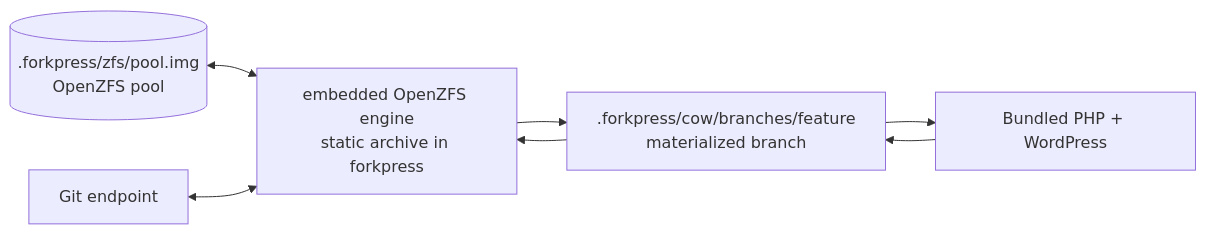
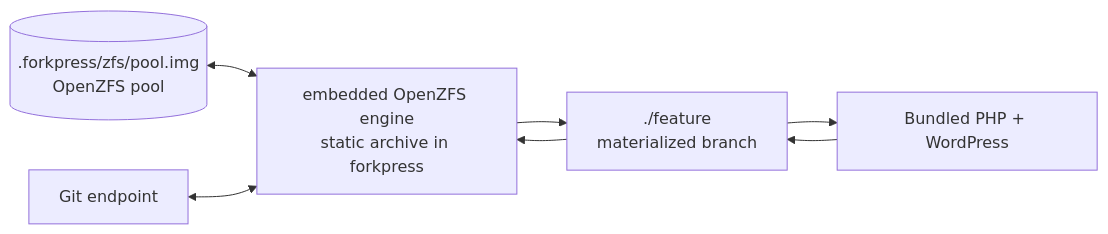
One commit to Automattic/forkpress changed the third of 7 diagrams in README.md. Above: the diagram before and after it, drawn with Mermaid. The commit also changed other lines of this file and 3 other files, not shown here.

Commit message:
Move cow branches beside forkpress state

````diff
--- a/README.md
+++ b/README.md
@@ -412,15 +418,15 @@
 ```mermaid
 flowchart LR
     pool[(.forkpress/zfs/pool.img<br/>OpenZFS pool)]
     engine[embedded OpenZFS engine<br/>static archive in forkpress]
-    cache[.forkpress/cow/branches/feature<br/>materialized branch]
+    cache[./feature<br/>materialized branch]
     php[Bundled PHP + WordPress]
     git[Git endpoint]
 
     pool <--> engine
     engine --> cache
     cache --> php
     php --> cache
     cache --> engine
     git <--> engine
 ```
````
